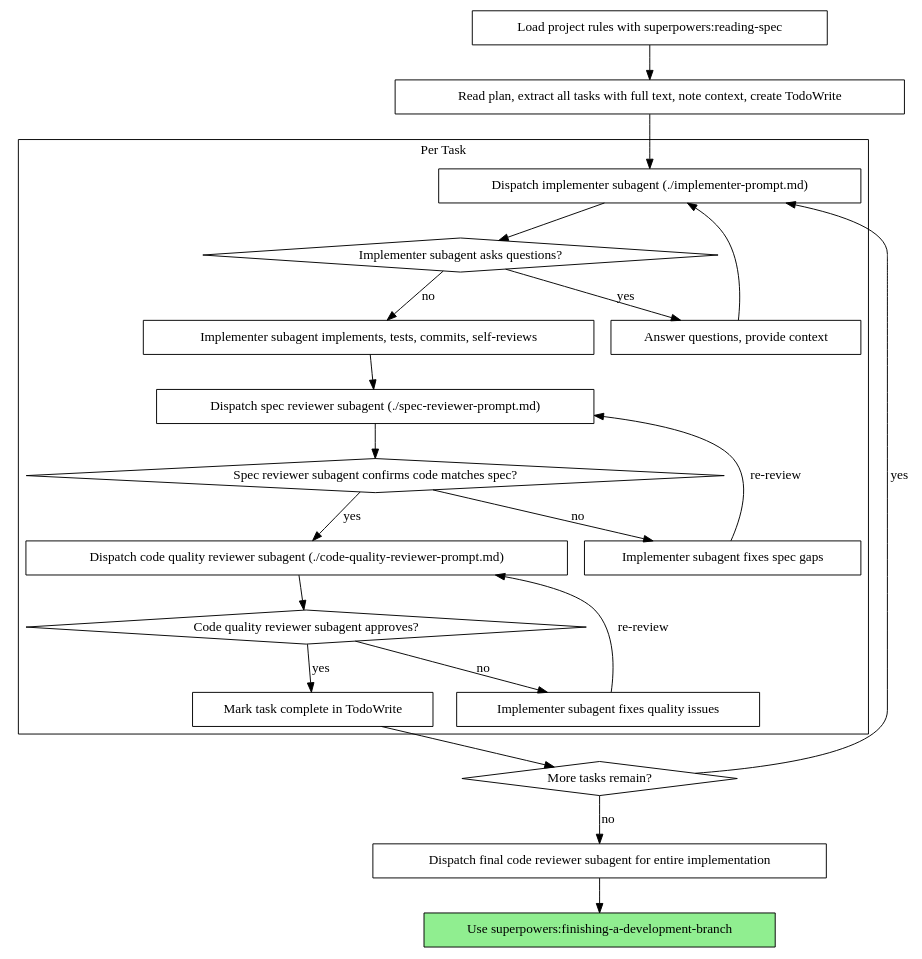
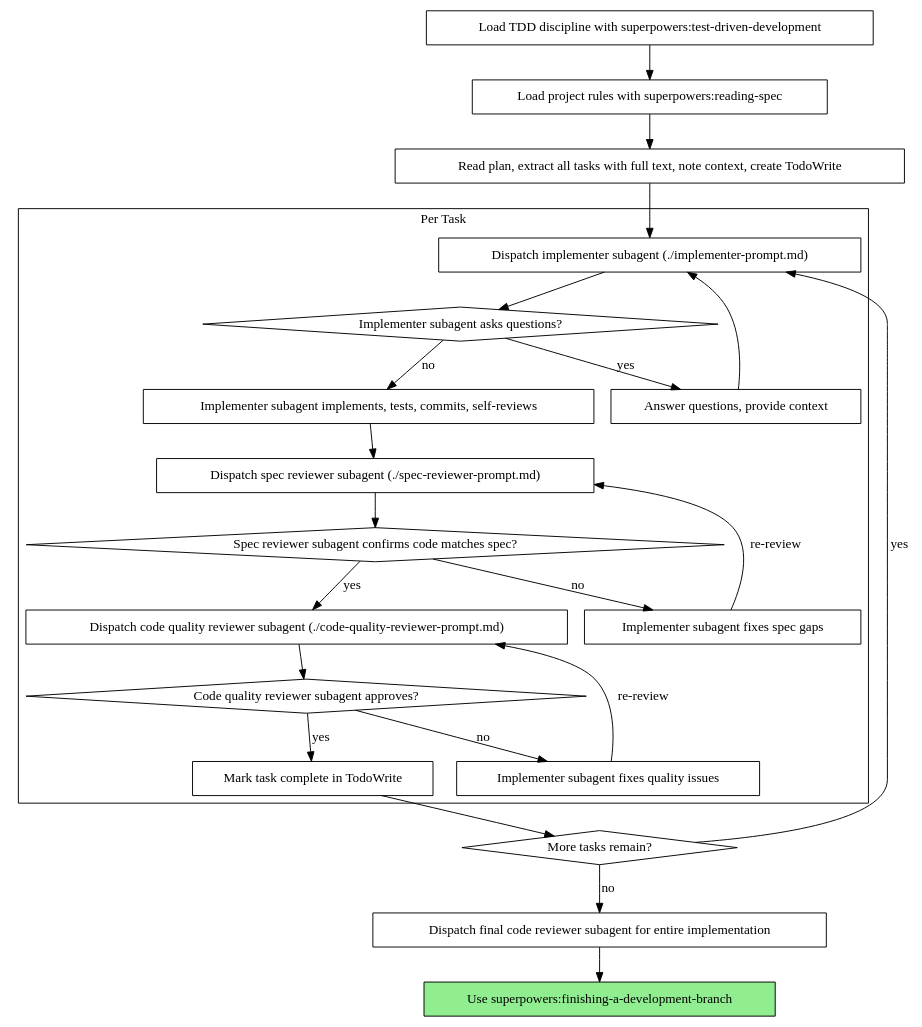
One commit to xuansheep/superpowers-spec changed the second of 2 diagrams in skills/subagent-driven-development/SKILL.md. Above: the diagram before and after it, drawn with Graphviz. The commit also changed other lines of this file and 25 other files, not shown here.

Commit message:
restricting superpowers workflow triggering rules

````diff
--- a/skills/subagent-driven-development/SKILL.md
+++ b/skills/subagent-driven-development/SKILL.md
@@ -44,46 +53,48 @@
 ```dot
 digraph process {
     rankdir=TB;
 
     subgraph cluster_per_task {
         label="Per Task";
         "Dispatch implementer subagent (./implementer-prompt.md)" [shape=box];
         "Implementer subagent asks questions?" [shape=diamond];
         "Answer questions, provide context" [shape=box];
         "Implementer subagent implements, tests, commits, self-reviews" [shape=box];
         "Dispatch spec reviewer subagent (./spec-reviewer-prompt.md)" [shape=box];
         "Spec reviewer subagent confirms code matches spec?" [shape=diamond];
         "Implementer subagent fixes spec gaps" [shape=box];
         "Dispatch code quality reviewer subagent (./code-quality-reviewer-prompt.md)" [shape=box];
         "Code quality reviewer subagent approves?" [shape=diamond];
         "Implementer subagent fixes quality issues" [shape=box];
         "Mark task complete in TodoWrite" [shape=box];
     }
 
+    "Load TDD discipline with superpowers:test-driven-development" [shape=box];
     "Load project rules with superpowers:reading-spec" [shape=box];
     "Read plan, extract all tasks with full text, note context, create TodoWrite" [shape=box];
     "More tasks remain?" [shape=diamond];
     "Dispatch final code reviewer subagent for entire implementation" [shape=box];
     "Use superpowers:finishing-a-development-branch" [shape=box style=filled fillcolor=lightgreen];
 
+    "Load TDD discipline with superpowers:test-driven-development" -> "Load project rules with superpowers:reading-spec";
     "Load project rules with superpowers:reading-spec" -> "Read plan, extract all tasks with full text, note context, create TodoWrite";
     "Read plan, extract all tasks with full text, note context, create TodoWrite" -> "Dispatch implementer subagent (./implementer-prompt.md)";
     "Dispatch implementer subagent (./implementer-prompt.md)" -> "Implementer subagent asks questions?";
     "Implementer subagent asks questions?" -> "Answer questions, provide context" [label="yes"];
     "Answer questions, provide context" -> "Dispatch implementer subagent (./implementer-prompt.md)";
     "Implementer subagent asks questions?" -> "Implementer subagent implements, tests, commits, self-reviews" [label="no"];
     "Implementer subagent implements, tests, commits, self-reviews" -> "Dispatch spec reviewer subagent (./spec-reviewer-prompt.md)";
     "Dispatch spec reviewer subagent (./spec-reviewer-prompt.md)" -> "Spec reviewer subagent confirms code matches spec?";
     "Spec reviewer subagent confirms code matches spec?" -> "Implementer subagent fixes spec gaps" [label="no"];
     "Implementer subagent fixes spec gaps" -> "Dispatch spec reviewer subagent (./spec-reviewer-prompt.md)" [label="re-review"];
     "Spec reviewer subagent confirms code matches spec?" -> "Dispatch code quality reviewer subagent (./code-quality-reviewer-prompt.md)" [label="yes"];
     "Dispatch code quality reviewer subagent (./code-quality-reviewer-prompt.md)" -> "Code quality reviewer subagent approves?";
     "Code quality reviewer subagent approves?" -> "Implementer subagent fixes quality issues" [label="no"];
     "Implementer subagent fixes quality issues" -> "Dispatch code quality reviewer subagent (./code-quality-reviewer-prompt.md)" [label="re-review"];
     "Code quality reviewer subagent approves?" -> "Mark task complete in TodoWrite" [label="yes"];
     "Mark task complete in TodoWrite" -> "More tasks remain?";
     "More tasks remain?" -> "Dispatch implementer subagent (./implementer-prompt.md)" [label="yes"];
     "More tasks remain?" -> "Dispatch final code reviewer subagent for entire implementation" [label="no"];
     "Dispatch final code reviewer subagent for entire implementation" -> "Use superpowers:finishing-a-development-branch";
 }
 ```
````
